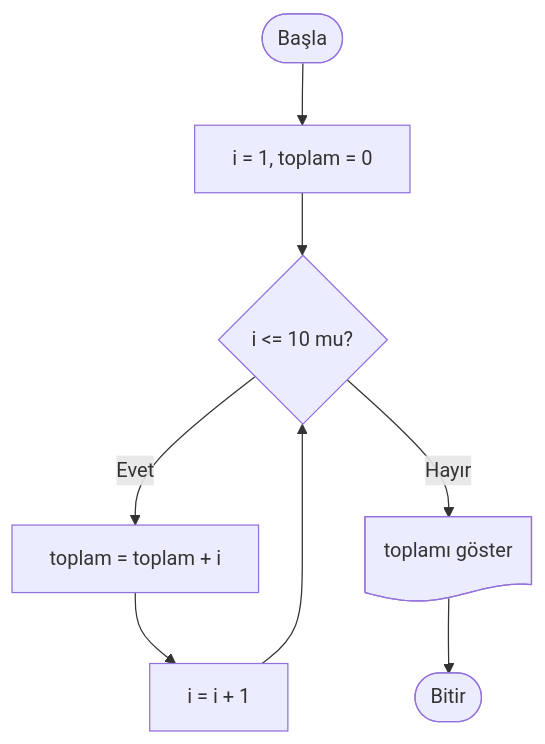
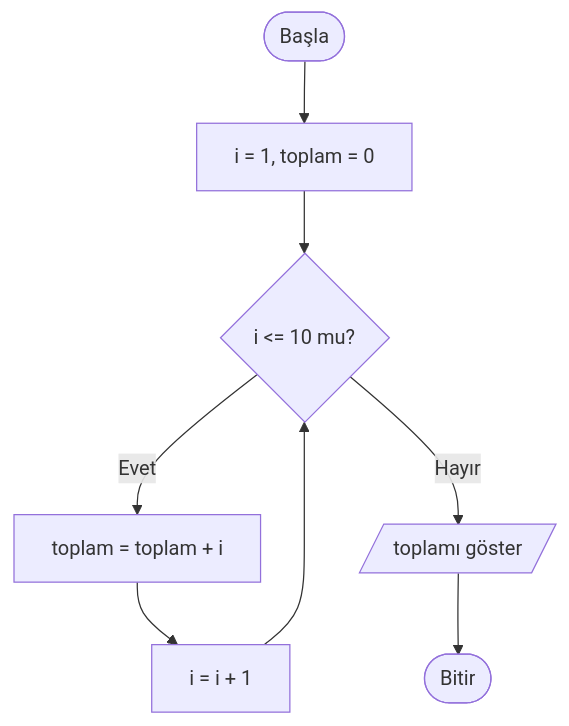
Before and after one commit to ibrahimayaz/Algoritma-ve-Programlamaya-Giris: the tenth of 10 diagrams in Hafta_04_Akis_Diyagramlari_1.md, drawn with Mermaid. The commit also changed other lines of this file, not shown here.

````diff
--- a/Hafta_04_Akis_Diyagramlari_1.md
+++ b/Hafta_04_Akis_Diyagramlari_1.md
@@ -218,10 +218,10 @@
 ```mermaid
 graph TD
     A([Başla]) --> B[i = 1, toplam = 0]
     B --> C{i <= 10 mu?}
     C -- Evet --> D[toplam = toplam + i]
     D --> E[i = i + 1]
     E --> C
-    C -- Hayır --> F@{ shape: doc, label: "toplamı göster" }
+    C -- Hayır --> F[/toplamı göster/]
     F --> G([Bitir])
 ```
````
